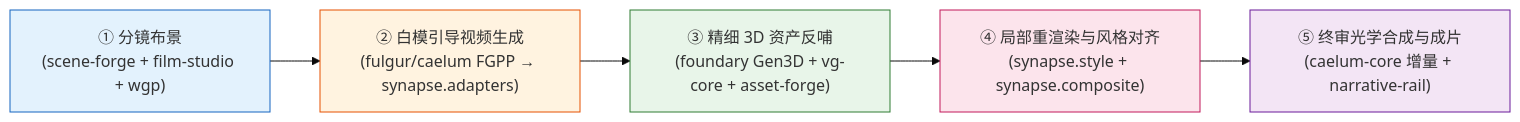
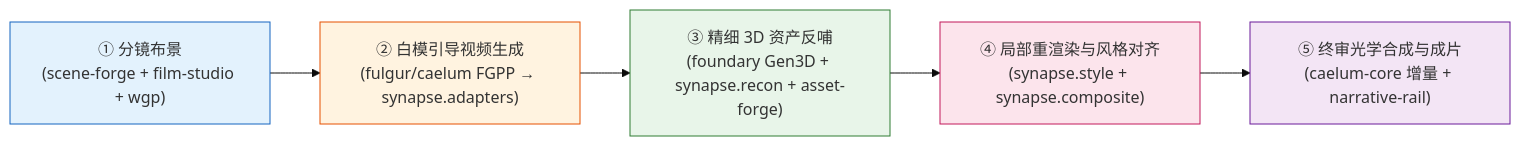
The diagram in README.md (sautille-stroke/synapse), drawn with Mermaid (base theme) before and after one commit. The commit also changed other lines of this file and 5 other files, not shown here.

Commit message:
docs(plan): add holistic review, strategic roadmap, and M33-M36 plan [gemini4] (#132)

````diff
--- a/README.md
+++ b/README.md
@@ -21,13 +21,13 @@
 ```mermaid
 flowchart LR
     A["① 分镜布景\n(scene-forge + film-studio + wgp)"] --> B["② 白模引导视频生成\n(fulgur/caelum FGPP → synapse.adapters)"]
-    B --> C["③ 精细 3D 资产反哺\n(foundary Gen3D + vg-core + asset-forge)"]
+    B --> C["③ 精细 3D 资产反哺\n(foundary Gen3D + synapse.recon + asset-forge)"]
     C --> D["④ 局部重渲染与风格对齐\n(synapse.style + synapse.composite)"]
     D --> E["⑤ 终审光学合成与成片\n(caelum-core 增量 + narrative-rail)"]
 
     style A fill:#e3f2fd,stroke:#1565c0
     style B fill:#fff3e0,stroke:#e65100
     style C fill:#e8f5e9,stroke:#2e7d32
     style D fill:#fce4ec,stroke:#c2185b
     style E fill:#f3e5f5,stroke:#6a1b9a
 ```
````
